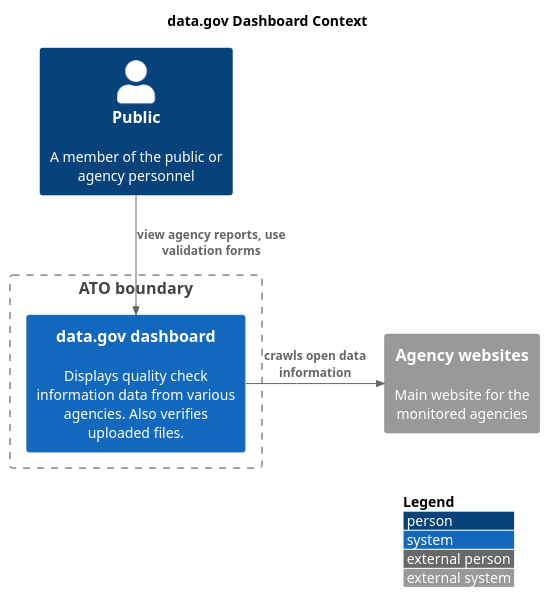
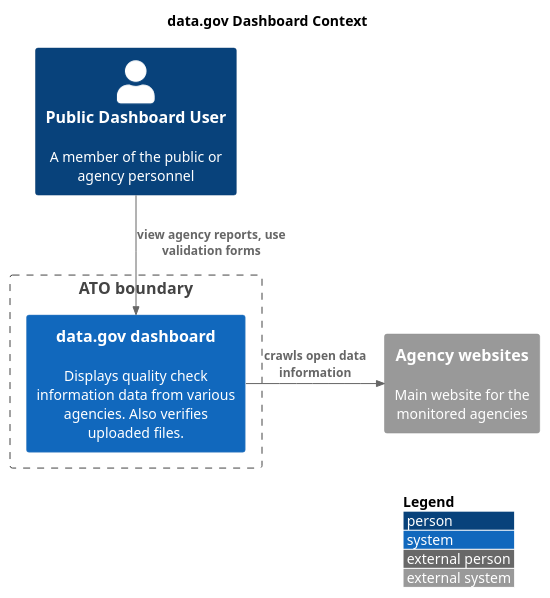
Before and after one commit to GSA/datagov-compliance: the diagram in src/context.puml, drawn with PlantUML.

Commit message:
Make consistent with other descriptions

```diff
--- a/src/context.puml
+++ b/src/context.puml
@@ -2,17 +2,17 @@
 @startuml
 !include https://raw.githubusercontent.com/adrianvlupu/C4-PlantUML/latest/C4_Context.puml
 
 LAYOUT_WITH_LEGEND()
 title data.gov Dashboard Context
 
-Person(public, "Public", "A member of the public or agency personnel")
+Person(public, "Public Dashboard User", "A member of the public or agency personnel")
 
 Boundary(atob, "ATO boundary") {
     System(dashboard, "data.gov dashboard", "Displays quality check information data from various agencies. Also verifies uploaded files.")
 }
 
 System_Ext(agencysites, "Agency websites", "Main website for the monitored agencies")
 
 Rel(public, dashboard, "view agency reports, use validation forms")
 Rel_Neighbor(dashboard, agencysites, "crawls open data information") 
 @enduml
```
